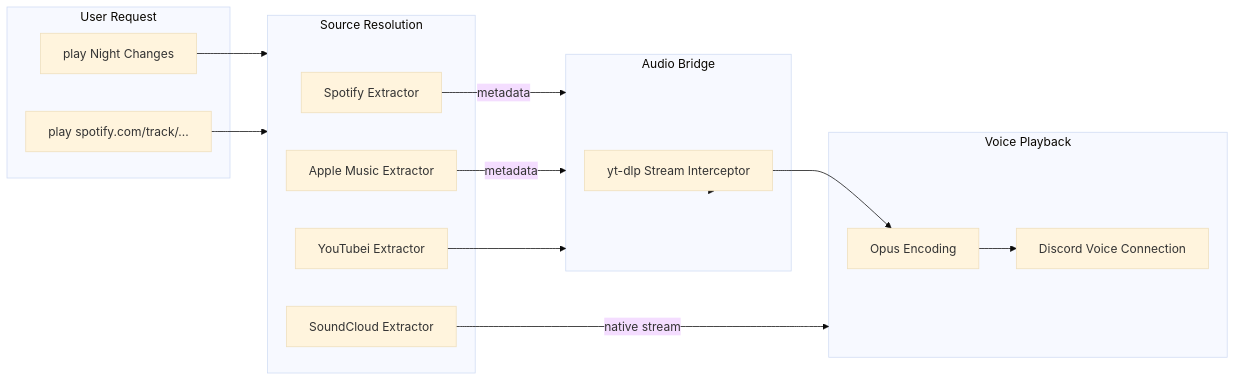
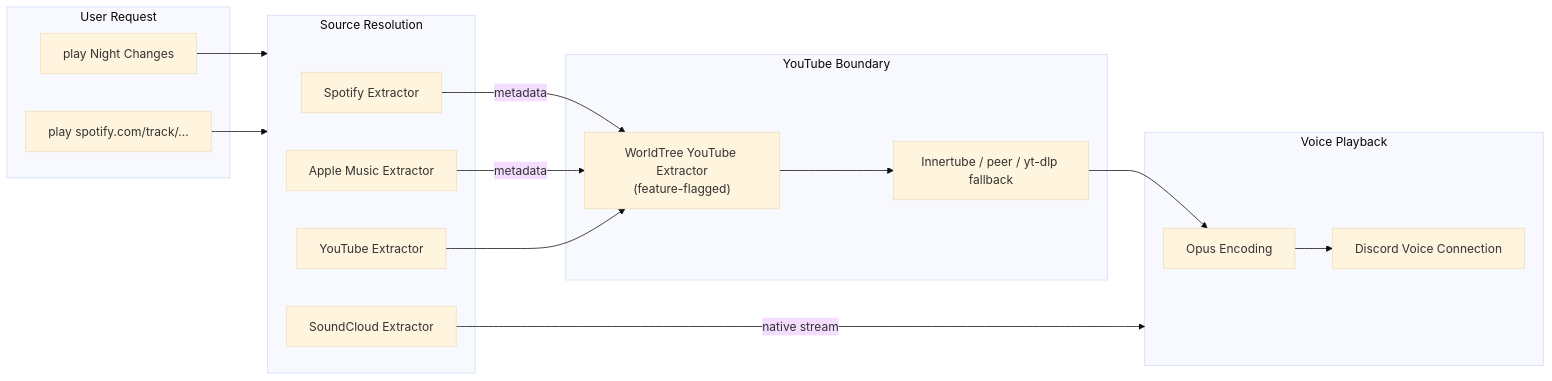
The fourth of 6 diagrams in README.md (Yggdrasil-Systems/Yggdrasil-Bot), drawn with Mermaid (base theme) before and after one commit. The commit also changed other lines of this file and 9 other files, not shown here.

Commit message:
fix(music): harden local extractor rollout

````diff
--- a/README.md
+++ b/README.md
@@ -385,31 +385,32 @@
 ```mermaid
 graph LR
     subgraph Input["User Request"]
         Query["play Night Changes"]
         Link["play spotify.com/track/..."]
     end
 
     subgraph Resolve["Source Resolution"]
         Spotify["Spotify Extractor"]
         Apple["Apple Music Extractor"]
-        YT["YouTubei Extractor"]
+        YT["YouTube Extractor"]
         SC["SoundCloud Extractor"]
     end
 
-    subgraph Bridge["Audio Bridge"]
-        YTDLP["yt-dlp Stream Interceptor"]
+    subgraph Bridge["YouTube Boundary"]
+        Local["WorldTree YouTube Extractor\n(feature-flagged)"]
+        Resolver["Innertube / peer / yt-dlp fallback"]
     end
 
     subgraph Playback["Voice Playback"]
         Opus["Opus Encoding"]
         Voice["Discord Voice Connection"]
     end
 
     Query --> Resolve
     Link --> Resolve
-    Spotify -->|metadata| Bridge
-    Apple -->|metadata| Bridge
-    YT --> Bridge
+    Spotify -->|metadata| Local
+    Apple -->|metadata| Local
+    YT --> Local
     SC -->|native stream| Playback
-    Bridge --> YTDLP --> Opus --> Voice
+    Local --> Resolver --> Opus --> Voice
 ```
````
